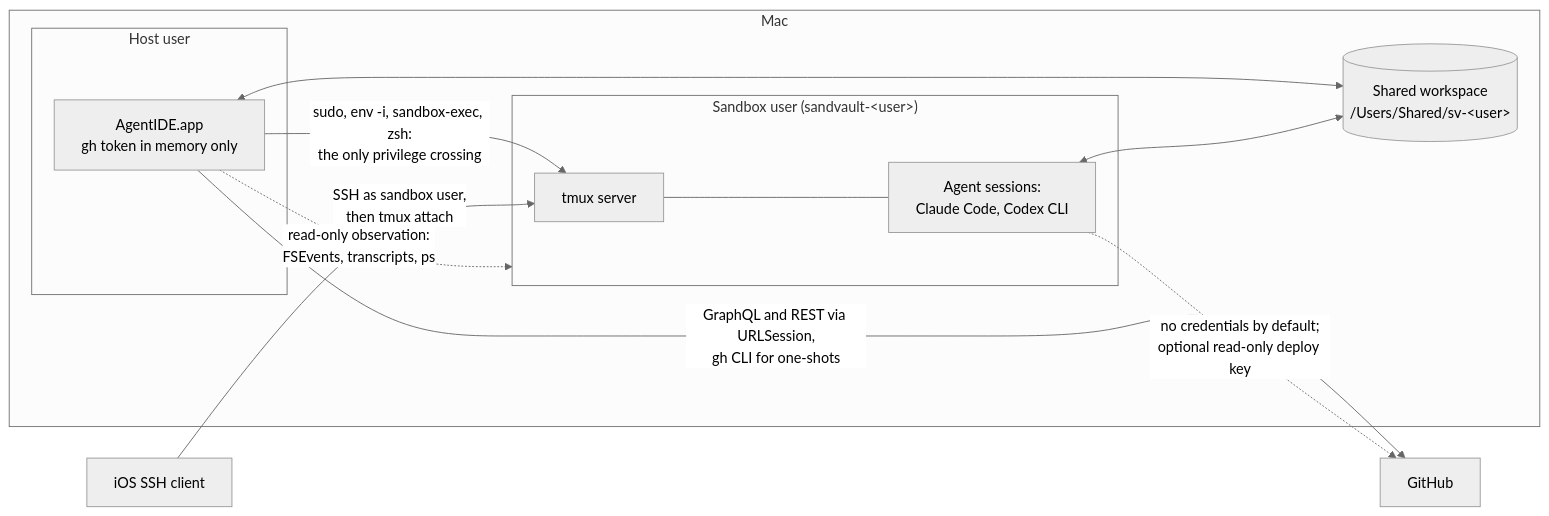
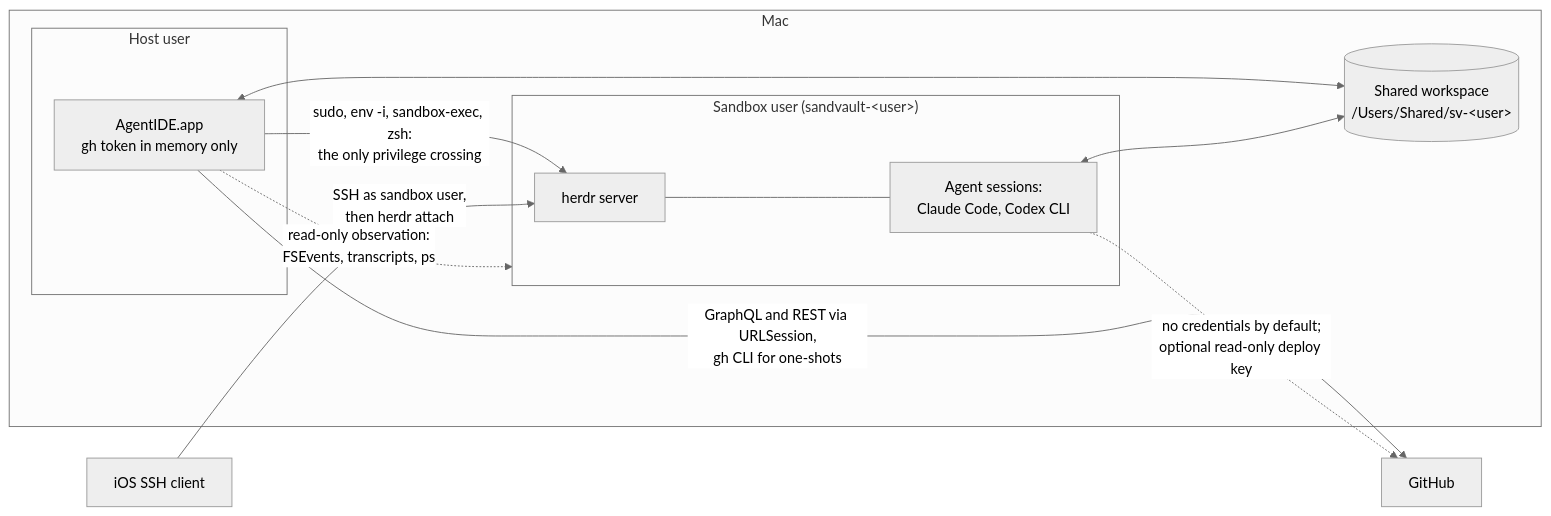
One commit to MikeMcQuaid/AgentIDE changed the first of 2 diagrams in ARCHITECTURE.md. Above: the diagram before and after it, drawn with Mermaid (neutral theme). The commit also changed other lines of this file and 51 other files, not shown here.

````diff
--- a/ARCHITECTURE.md
+++ b/ARCHITECTURE.md
@@ -25,24 +25,24 @@
 ```mermaid
 flowchart LR
     ios["iOS SSH client"]
     subgraph mac["Mac"]
         subgraph host["Host user"]
             app["AgentIDE.app<br/>gh token in memory only"]
         end
         subgraph sandbox["Sandbox user (sandvault-&lt;user&gt;)"]
-            tmux["tmux server"]
+            herdr["herdr server"]
             agents["Agent sessions:<br/>Claude Code, Codex CLI"]
         end
         shared[("Shared workspace<br/>/Users/Shared/sv-&lt;user&gt;")]
     end
     github["GitHub"]
 
-    app -->|"sudo, env -i, sandbox-exec, zsh:<br/>the only privilege crossing"| tmux
-    tmux --- agents
+    app -->|"sudo, env -i, sandbox-exec, zsh:<br/>the only privilege crossing"| herdr
+    herdr --- agents
     app -.->|"read-only observation:<br/>FSEvents, transcripts, ps"| sandbox
     app <--> shared
     agents <--> shared
     app -->|"GraphQL and REST via URLSession,<br/>gh CLI for one-shots"| github
     agents -.->|"no credentials by default;<br/>optional read-only deploy key"| github
-    ios -->|"SSH as sandbox user,<br/>then tmux attach"| tmux
+    ios -->|"SSH as sandbox user,<br/>then herdr attach"| herdr
 ```
````
